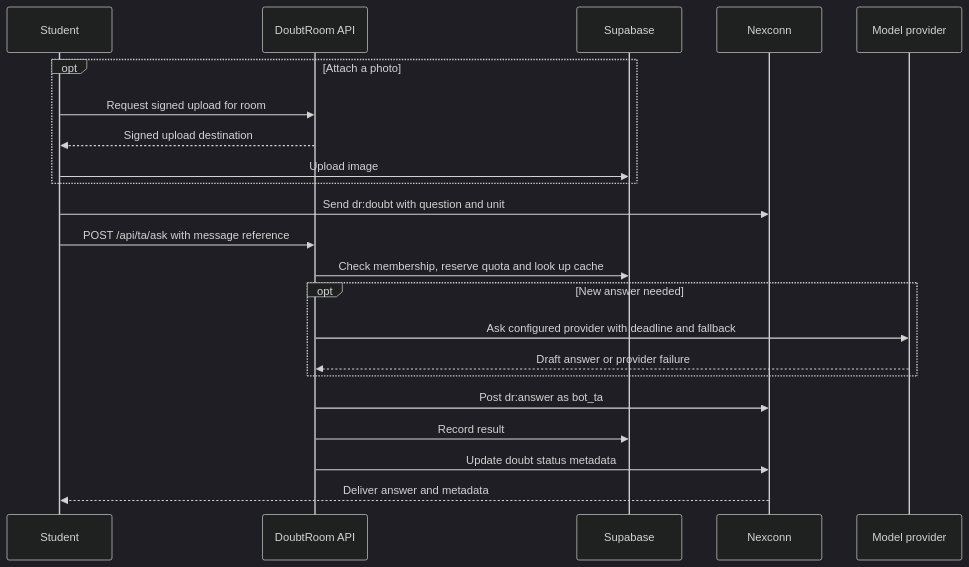
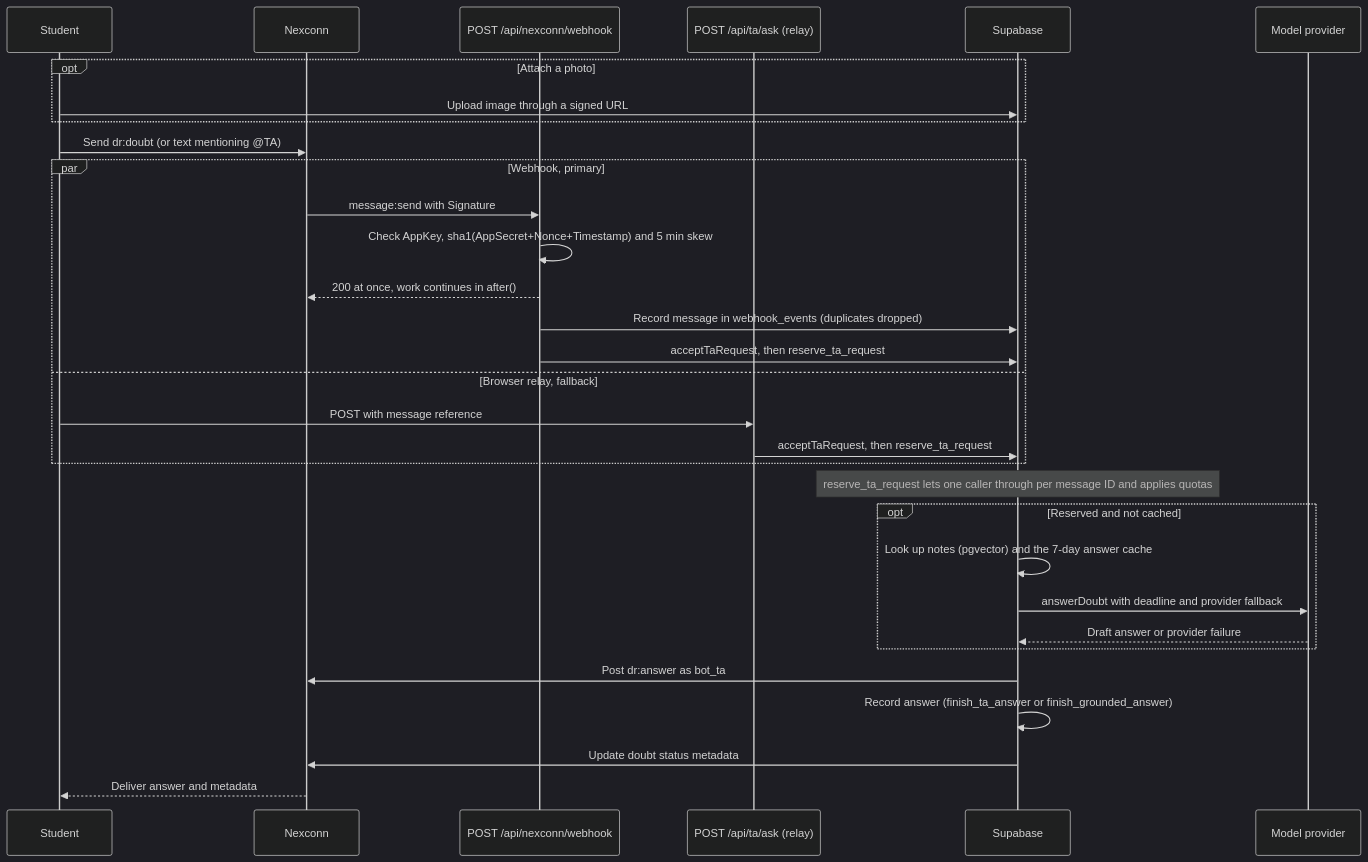
The third of 7 diagrams in docs/ARCHITECTURE.md (dhaanish597/doubtroom), drawn with Mermaid (dark theme) before and after one commit. The commit also changed other lines of this file and 27 other files, not shown here.

First line of the commit message:
phase 14: webhook TA, room sync, Gemini photos and submission docs

````diff
--- a/docs/ARCHITECTURE.md
+++ b/docs/ARCHITECTURE.md
@@ -47,24 +49,33 @@
 ```mermaid
 sequenceDiagram
     participant B as Student
-    participant A as DoubtRoom API
+    participant N as Nexconn
+    participant W as POST /api/nexconn/webhook
+    participant R as POST /api/ta/ask (relay)
     participant S as Supabase
-    participant N as Nexconn
     participant L as Model provider
     opt Attach a photo
-        B->>A: Request signed upload for room
-        A-->>B: Signed upload destination
-        B->>S: Upload image
+        B->>S: Upload image through a signed URL
     end
-    B->>N: Send dr:doubt with question and unit
-    B->>A: POST /api/ta/ask with message reference
-    A->>S: Check membership, reserve quota and look up cache
-    opt New answer needed
-        A->>L: Ask configured provider with deadline and fallback
-        L-->>A: Draft answer or provider failure
+    B->>N: Send dr:doubt (or text mentioning @TA)
+    par Webhook, primary
+        N->>W: message:send with Signature
+        W->>W: Check AppKey, sha1(AppSecret+Nonce+Timestamp) and 5 min skew
+        W-->>N: 200 at once, work continues in after()
+        W->>S: Record message in webhook_events (duplicates dropped)
+        W->>S: acceptTaRequest, then reserve_ta_request
+    and Browser relay, fallback
+        B->>R: POST with message reference
+        R->>S: acceptTaRequest, then reserve_ta_request
     end
-    A->>N: Post dr:answer as bot_ta
-    A->>S: Record result
-    A->>N: Update doubt status metadata
+    Note over S: reserve_ta_request lets one caller through per message ID and applies quotas
+    opt Reserved and not cached
+        S->>S: Look up notes (pgvector) and the 7-day answer cache
+        S->>L: answerDoubt with deadline and provider fallback
+        L-->>S: Draft answer or provider failure
+    end
+    S->>N: Post dr:answer as bot_ta
+    S->>S: Record answer (finish_ta_answer or finish_grounded_answer)
+    S->>N: Update doubt status metadata
     N-->>B: Deliver answer and metadata
 ```
````
